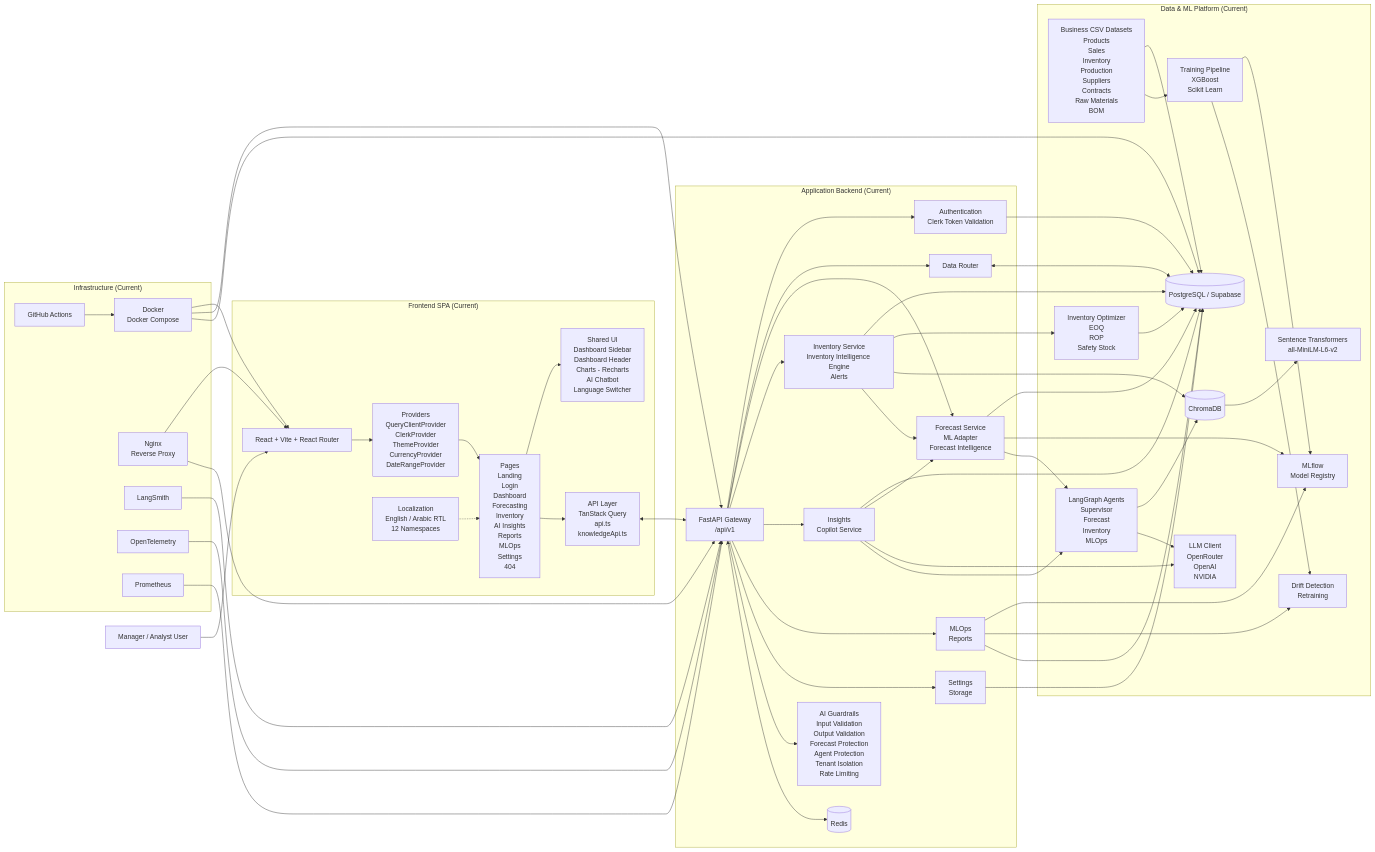
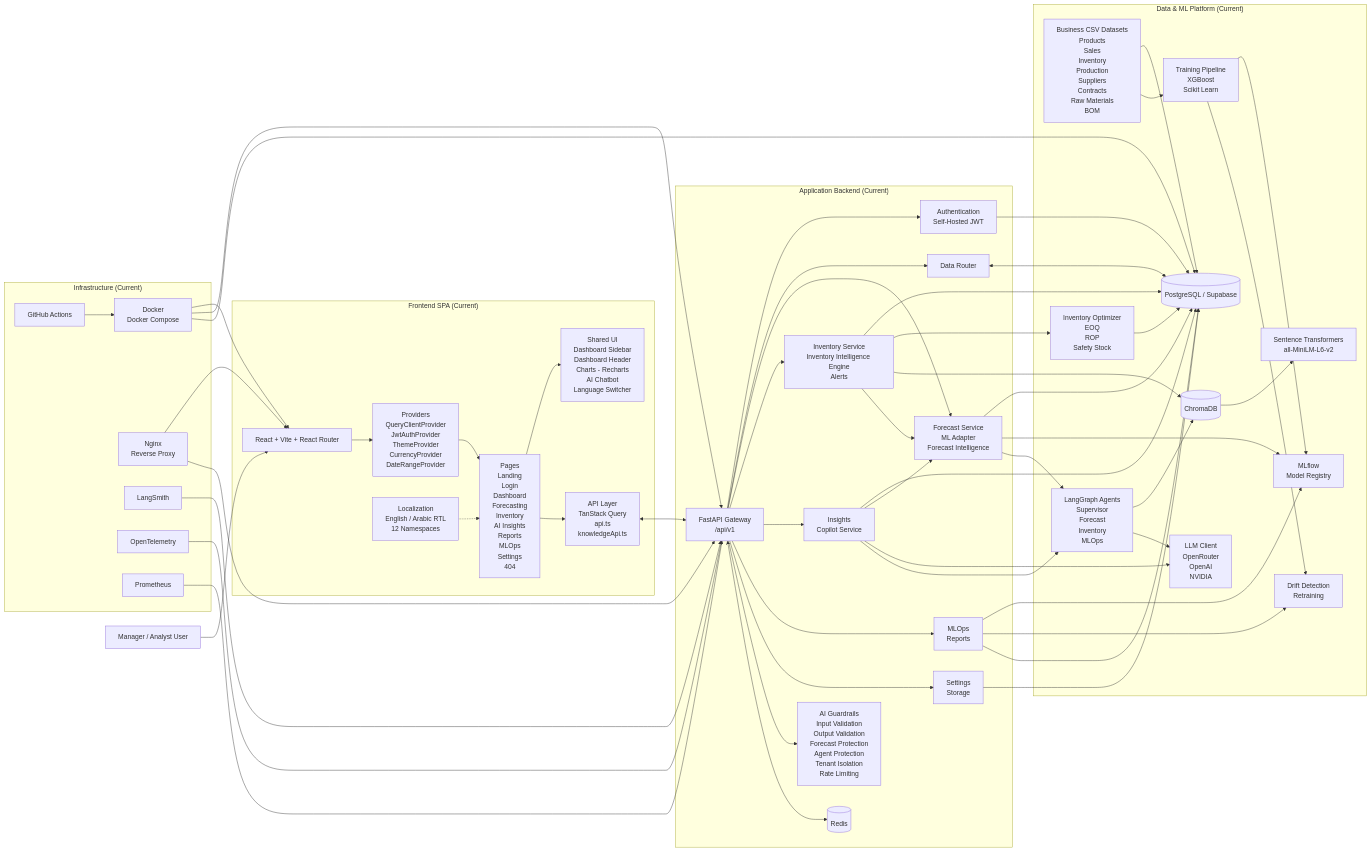
The first of 3 diagrams in docs/architecture-diagrams.md (IbrahimAbdelsattar/SupplyMindAI), drawn with Mermaid before and after one commit. The commit also changed other lines of this file and 89 other files, not shown here.

Commit message:
feat: implement multi-agent copilot graph and system prompt for Egyptian Arabic interface support

```diff
--- a/docs/architecture-diagrams.md
+++ b/docs/architecture-diagrams.md
@@ -19,7 +19,7 @@
 
         app["React + Vite + React Router"]
 
-        providers["Providers<br/>QueryClientProvider<br/>ClerkProvider<br/>ThemeProvider<br/>CurrencyProvider<br/>DateRangeProvider"]
+        providers["Providers<br/>QueryClientProvider<br/>JwtAuthProvider<br/>ThemeProvider<br/>CurrencyProvider<br/>DateRangeProvider"]
 
         pages["Pages<br/>Landing<br/>Login<br/>Dashboard<br/>Forecasting<br/>Inventory<br/>AI Insights<br/>Reports<br/>MLOps<br/>Settings<br/>404"]
 
@@ -41,7 +41,7 @@
 
         gateway["FastAPI Gateway<br/>/api/v1"]
 
-        auth["Authentication<br/>Clerk Token Validation"]
+        auth["Authentication<br/>Self-Hosted JWT"]
 
         dataSvc["Data Router"]
 
```
